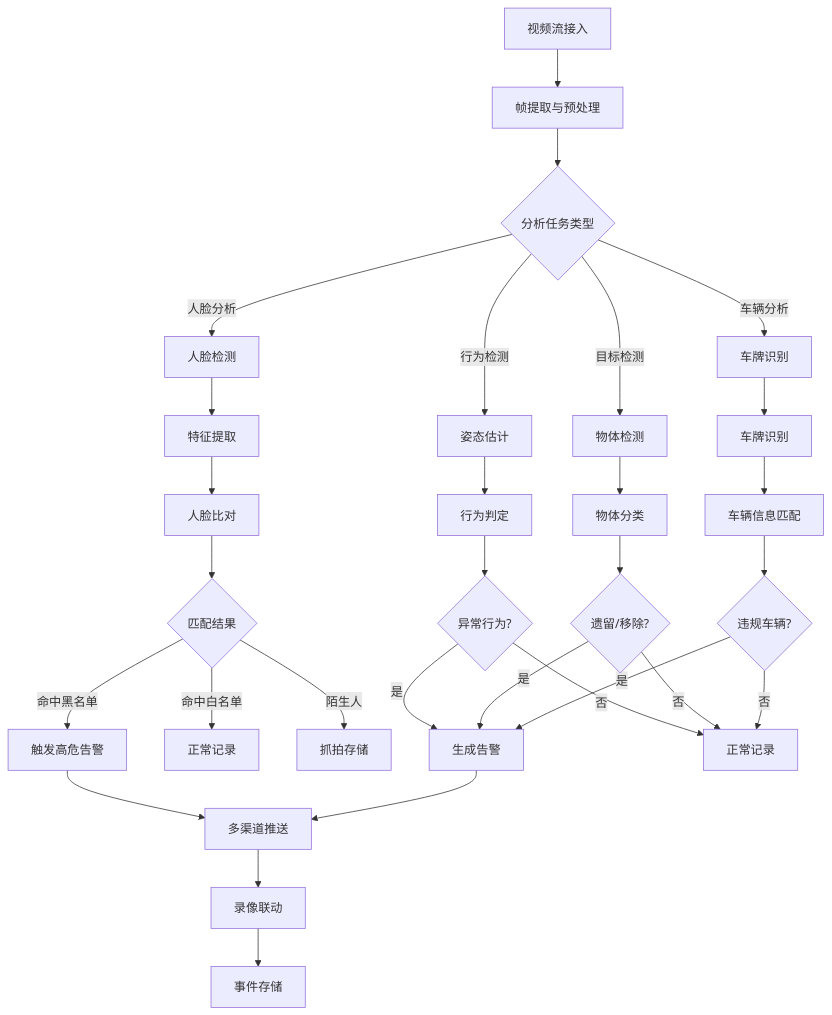
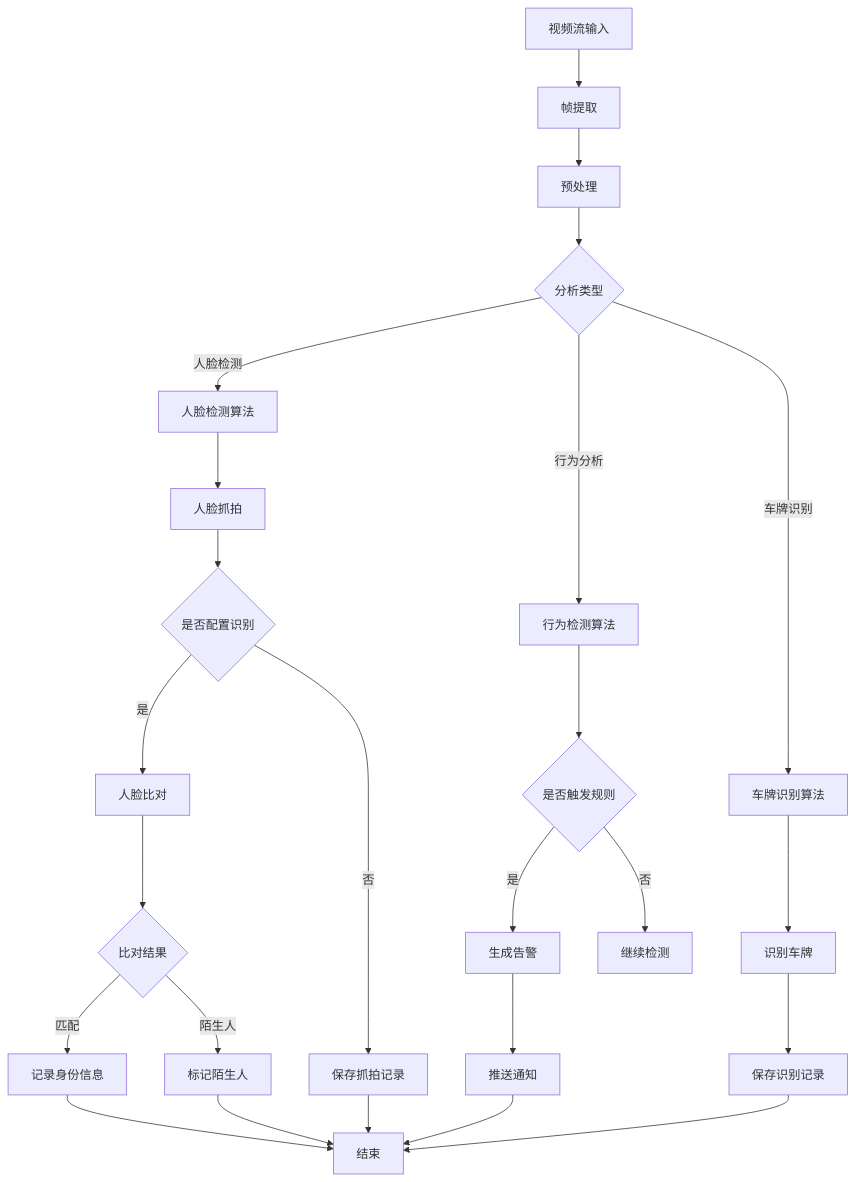
Before and after one commit to wilson323/IOE-DREAMfornew: the first of 5 diagrams in documentation/业务模块/05-视频管理模块/04-行为分析/业务流程图.md, drawn with Mermaid. The commit also changed other lines of this file and 8 other files, not shown here.

````diff
--- a/documentation/业务模块/05-视频管理模块/04-行为分析/业务流程图.md
+++ b/documentation/业务模块/05-视频管理模块/04-行为分析/业务流程图.md
@@ -5,38 +5,27 @@
 ```mermaid
 flowchart TD
-    A[视频流接入] --> B[帧提取与预处理]
-    B --> C{分析任务类型}
-    
-    C -->|人脸分析| D[人脸检测]
-    C -->|行为检测| E[姿态估计]
-    C -->|目标检测| F[物体检测]
-    C -->|车辆分析| G[车牌识别]
-    
-    D --> H[特征提取]
-    H --> I[人脸比对]
-    I --> J{匹配结果}
-    J -->|命中黑名单| K[触发高危告警]
-    J -->|命中白名单| L[正常记录]
-    J -->|陌生人| M[抓拍存储]
-    
-    E --> N[行为判定]
-    N --> O{异常行为?}
+    A[视频流输入] --> B[帧提取]
+    B --> C[预处理]
+    C --> D{分析类型}
+    D -->|人脸检测| E[人脸检测算法]
+    D -->|行为分析| F[行为检测算法]
+    D -->|车牌识别| G[车牌识别算法]
+    E --> H[人脸抓拍]
+    H --> I{是否配置识别}
+    I -->|是| J[人脸比对]
+    I -->|否| K[保存抓拍记录]
+    J --> L{比对结果}
+    L -->|匹配| M[记录身份信息]
+    L -->|陌生人| N[标记陌生人]
+    F --> O{是否触发规则}
     O -->|是| P[生成告警]
-    O -->|否| Q[正常记录]
-    
-    F --> R[物体分类]
-    R --> S{遗留/移除?}
-    S -->|是| P
-    S -->|否| Q
-    
-    G --> T[车牌识别]
-    T --> U[车辆信息匹配]
-    U --> V{违规车辆?}
-    V -->|是| P
-    V -->|否| Q
-    
-    K --> W[多渠道推送]
-    P --> W
-    W --> X[录像联动]
-    X --> Y[事件存储]
+    O -->|否| Q[继续检测]
+    G --> R[识别车牌]
+    R --> S[保存识别记录]
+    P --> T[推送通知]
+    K --> U[结束]
+    M --> U
+    N --> U
+    S --> U
+    T --> U
 ```
````
